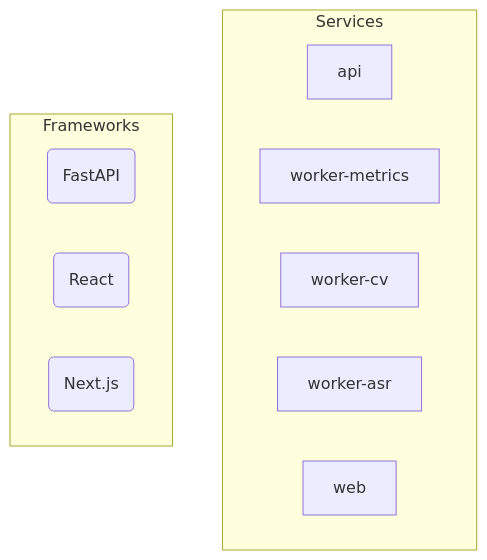
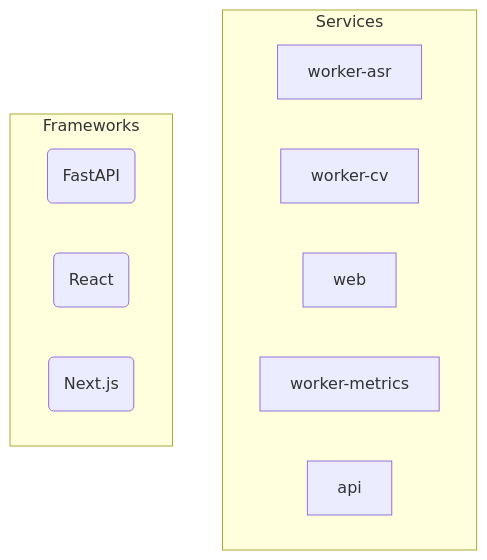
Before and after one commit to NITISH-R-G/PedagogyX: the diagram in README.md, drawn with Mermaid. The commit also changed other lines of this file and 3 other files, not shown here.

Commit message:
docs: auto-generate repository documentation and diagrams [skip ci]

````diff
--- a/README.md
+++ b/README.md
@@ -38,22 +38,22 @@
 ```mermaid
 graph TD
     subgraph Services
+        worker_asr["worker-asr"]
+        click worker_asr href "services/worker-asr" "Go to worker-asr source"
+        worker_cv["worker-cv"]
+        click worker_cv href "services/worker-cv" "Go to worker-cv source"
+        web["web"]
+        click web href "services/web" "Go to web source"
+        worker_metrics["worker-metrics"]
+        click worker_metrics href "services/worker-metrics" "Go to worker-metrics source"
         api["api"]
         click api href "services/api" "Go to api source"
-        worker_metrics["worker-metrics"]
-        click worker_metrics href "services/worker-metrics" "Go to worker-metrics source"
-        worker_cv["worker-cv"]
-        click worker_cv href "services/worker-cv" "Go to worker-cv source"
-        worker_asr["worker-asr"]
-        click worker_asr href "services/worker-asr" "Go to worker-asr source"
-        web["web"]
-        click web href "services/web" "Go to web source"
     end
 
     subgraph Frameworks
         FastAPI(FastAPI)
         React(React)
         Next_js(Next.js)
     end
 
 ```
````
